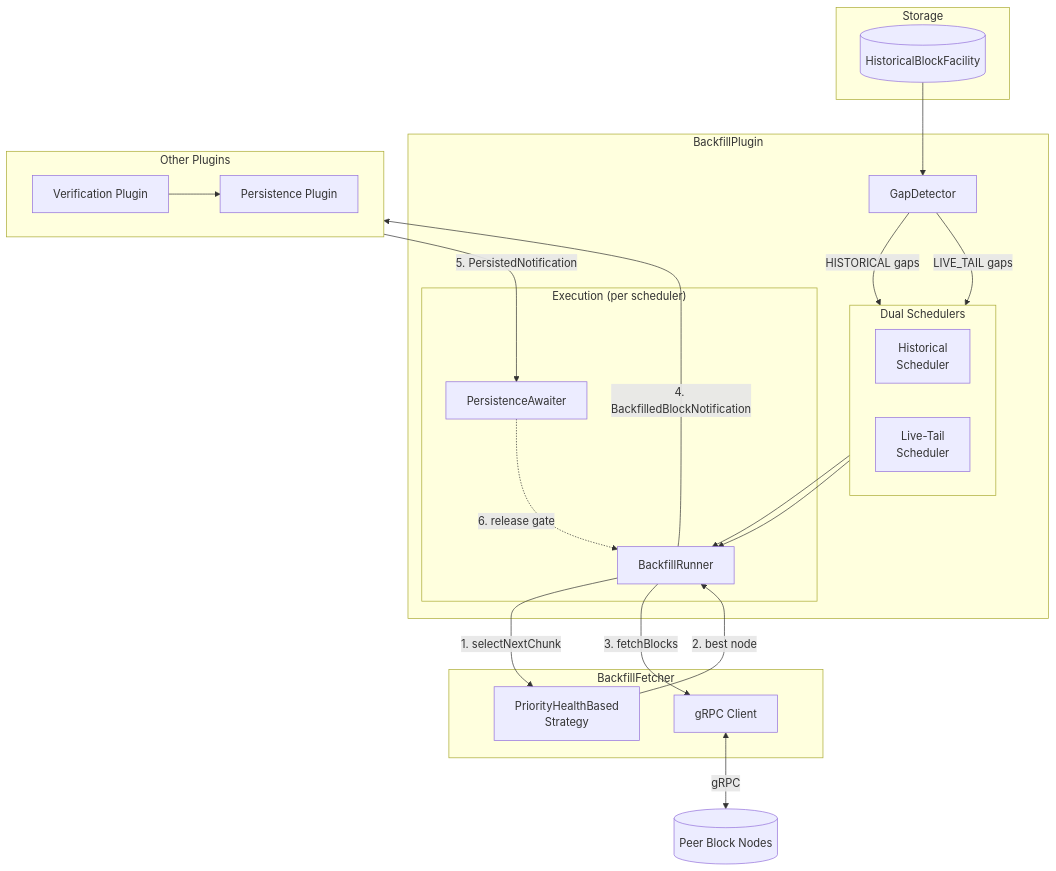
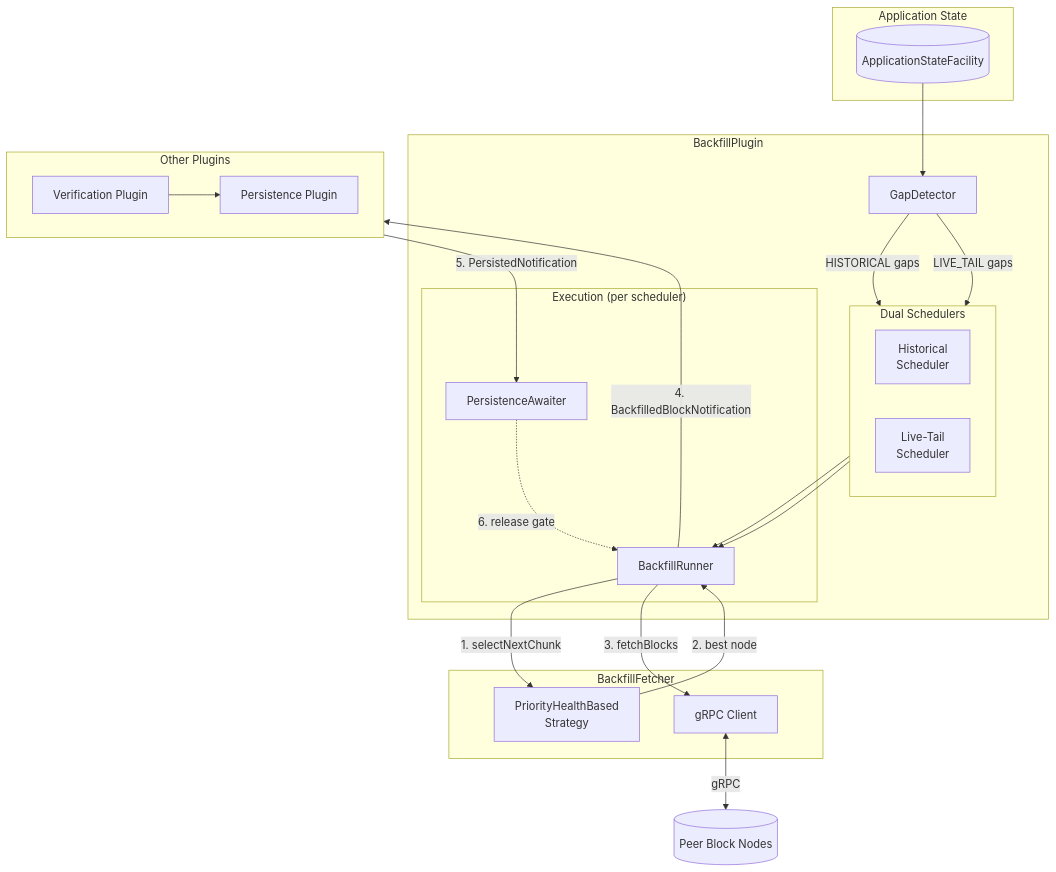
One commit to hiero-ledger/hiero-block-node changed the first of 4 diagrams in docs/design/backfill-plugin.md. Above: the diagram before and after it, drawn with Mermaid. The commit also changed other lines of this file and 6 other files, not shown here.

````diff
--- a/docs/design/backfill-plugin.md
+++ b/docs/design/backfill-plugin.md
@@ -88,55 +88,55 @@
 ```mermaid
 flowchart TB
-  subgraph Storage["Storage"]
-    ST[("HistoricalBlockFacility")]
+  subgraph Storage["Application State"]
+    ST[("ApplicationStateFacility")]
   end
 
   subgraph Plugin["BackfillPlugin"]
     GD["GapDetector"]
 
     subgraph Schedulers["Dual Schedulers"]
       direction LR
       HS["Historical<br/>Scheduler"]
       LS["Live-Tail<br/>Scheduler"]
     end
 
     subgraph Execution["Execution (per scheduler)"]
       RNR["BackfillRunner"]
       AWT["PersistenceAwaiter"]
     end
   end
 
   subgraph Fetcher["BackfillFetcher"]
     SEL["PriorityHealthBased<br/>Strategy"]
     CLI["gRPC Client"]
   end
 
   PEER[("Peer Block Nodes")]
 
   subgraph Plugins["Other Plugins"]
     direction LR
     VER["Verification Plugin"]
     PERS["Persistence Plugin"]
   end
 
   %% Gap detection flow
   ST --> GD
   GD -->|"HISTORICAL gaps"| HS
   GD -->|"LIVE_TAIL gaps"| LS
 
   %% Execution flow
   HS --> RNR
   LS --> RNR
   RNR -->|"1. selectNextChunk"| SEL
   SEL -->|"2. best node"| RNR
   RNR -->|"3. fetchBlocks"| CLI
   CLI <-->|"gRPC"| PEER
 
   %% Dispatch flow
   RNR -->|"4. BackfilledBlockNotification"| VER
   VER --> PERS
 
   %% Backpressure flow
   PERS -->|"5. PersistedNotification"| AWT
   AWT -.->|"6. release gate"| RNR
 ```
````
